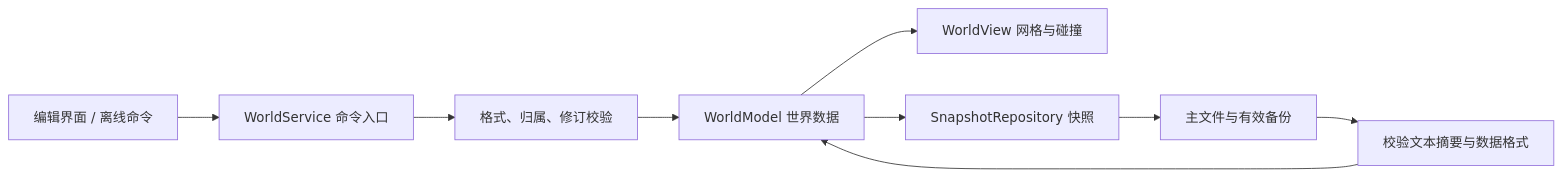
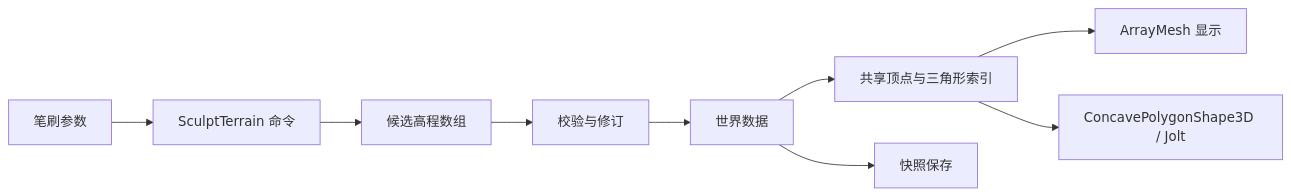
The diagram in prototype/docs/opensim-data-mapping.md (StarryLiu1122/OpenSim), drawn with Mermaid before and after one commit. The commit also changed other lines of this file and 34 other files, not shown here.

````diff
--- a/prototype/docs/opensim-data-mapping.md
+++ b/prototype/docs/opensim-data-mapping.md
@@ -59,11 +61,11 @@
 ```mermaid
 flowchart LR
-    UI[编辑界面 / 离线命令] --> S[WorldService 命令入口]
-    S --> V[格式、归属、修订校验]
-    V --> M[WorldModel 世界数据]
-    M --> G[WorldView 网格与碰撞]
-    M --> P[SnapshotRepository 快照]
-    P --> F[主文件与有效备份]
-    F --> L[校验文本摘要与数据格式]
-    L --> M
+    P[笔刷参数] --> C[SculptTerrain 命令]
+    C --> H[候选高程数组]
+    H --> V[校验与修订]
+    V --> D[世界数据]
+    D --> M[共享顶点与三角形索引]
+    M --> R[ArrayMesh 显示]
+    M --> J[ConcavePolygonShape3D / Jolt]
+    D --> S[快照保存]
 ```
````
